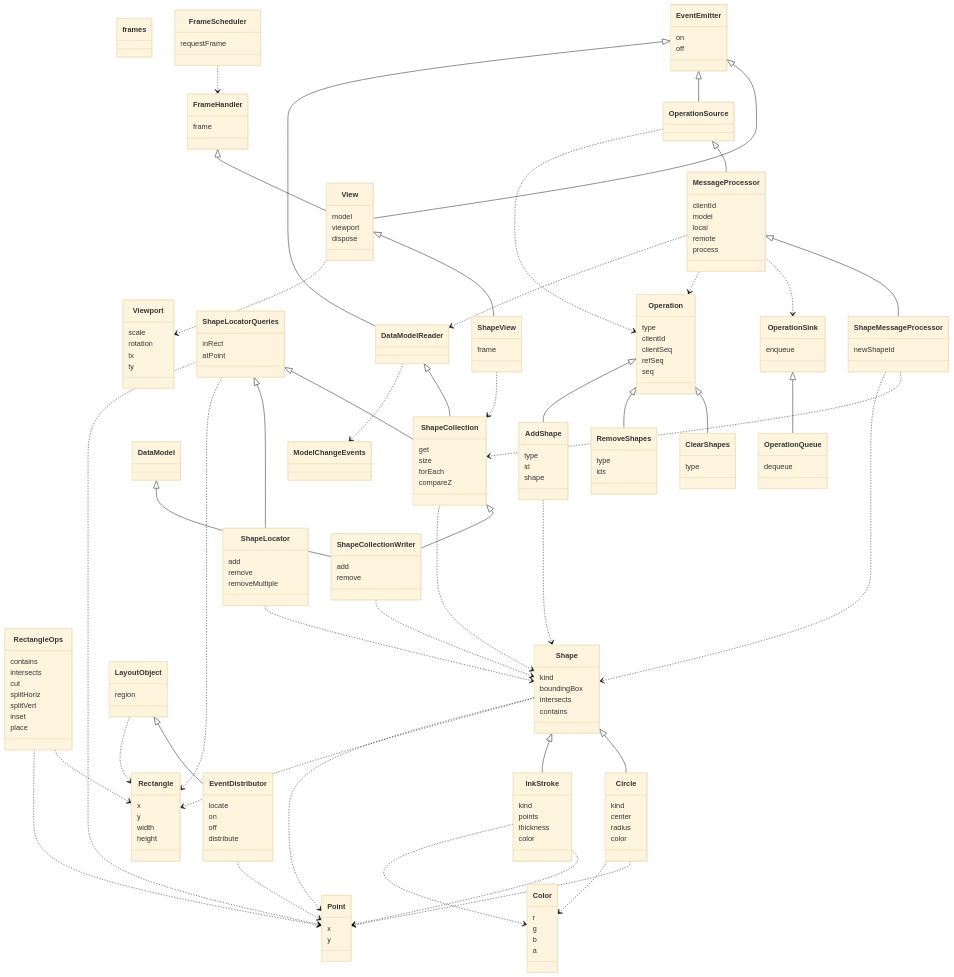
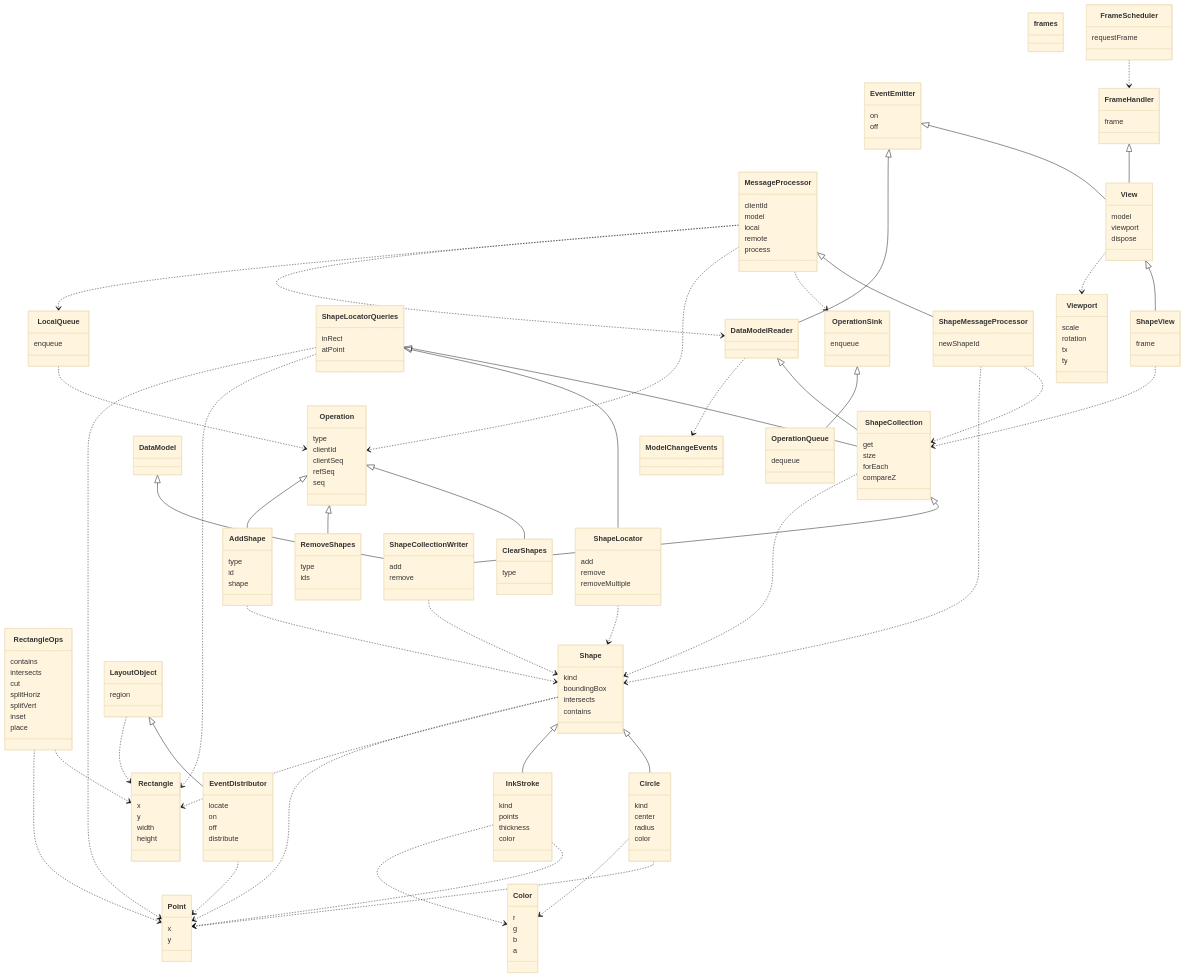
The diagram in ts/examples/modular/catalog.md (microsoft/TypeAgent), drawn with Mermaid (base theme) before and after one commit. The commit also changed other lines of this file and 14 other files, not shown here.

First line of the commit message:
modular: local.enqueue returns the stamped operation

```diff
--- a/ts/examples/modular/catalog.md
+++ b/ts/examples/modular/catalog.md
@@ -89,7 +89,8 @@
   class OperationQueue {
     dequeue
   }
-  class OperationSource {
+  class LocalQueue {
+    enqueue
   }
   class MessageProcessor {
     clientId
@@ -163,10 +164,9 @@
   EventEmitter <|-- DataModelReader
   DataModelReader ..> ModelChangeEvents
   OperationSink <|-- OperationQueue
-  EventEmitter <|-- OperationSource
-  OperationSource ..> Operation
-  OperationSource <|-- MessageProcessor
+  LocalQueue ..> Operation
   MessageProcessor ..> DataModelReader
+  MessageProcessor ..> LocalQueue
   MessageProcessor ..> Operation
   MessageProcessor ..> OperationSink
   DataModelReader <|-- ShapeCollection
```
